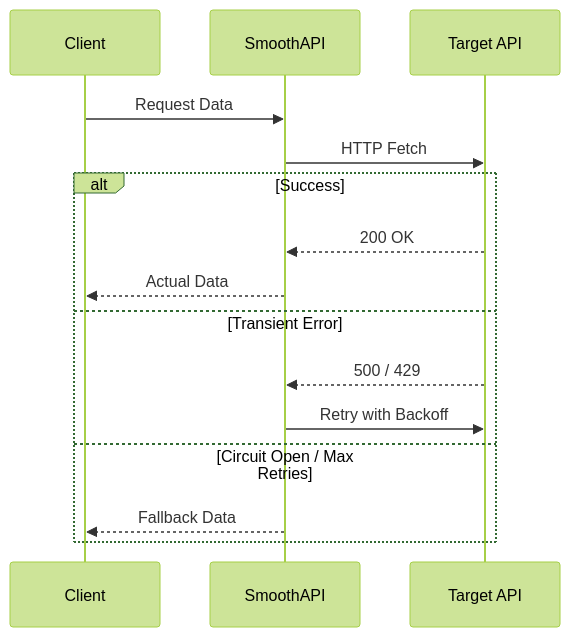
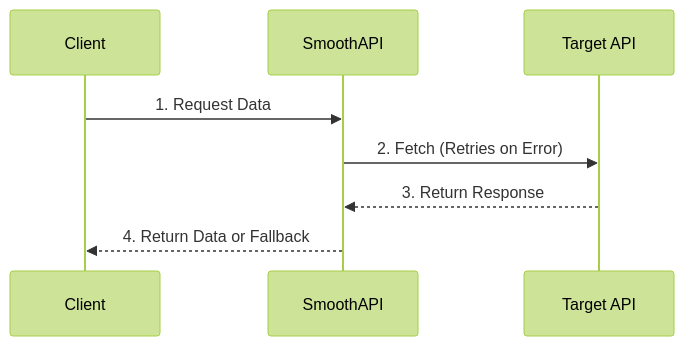
The diagram in README.md (AryanSharma48/smoothAPI), drawn with Mermaid (forest theme) before and after one commit.

Commit message:
fix(diagram): remove complexity and fix test

````diff
--- a/README.md
+++ b/README.md
@@ -51,19 +51,11 @@
 ```mermaid
 sequenceDiagram
     participant Client
     participant SmoothAPI
     participant Target API
 
-    Client->>SmoothAPI: Request Data
-    SmoothAPI->>Target API: HTTP Fetch
-    
-    alt Success
-        Target API-->>SmoothAPI: 200 OK
-        SmoothAPI-->>Client: Actual Data
-    else Transient Error
-        Target API-->>SmoothAPI: 500 / 429
-        SmoothAPI->>Target API: Retry with Backoff
-    else Circuit Open / Max Retries
-        SmoothAPI-->>Client: Fallback Data
-    end
+    Client->>SmoothAPI: 1. Request Data
+    SmoothAPI->>Target API: 2. Fetch (Retries on Error)
+    Target API-->>SmoothAPI: 3. Return Response
+    SmoothAPI-->>Client: 4. Return Data or Fallback
 ```
````
